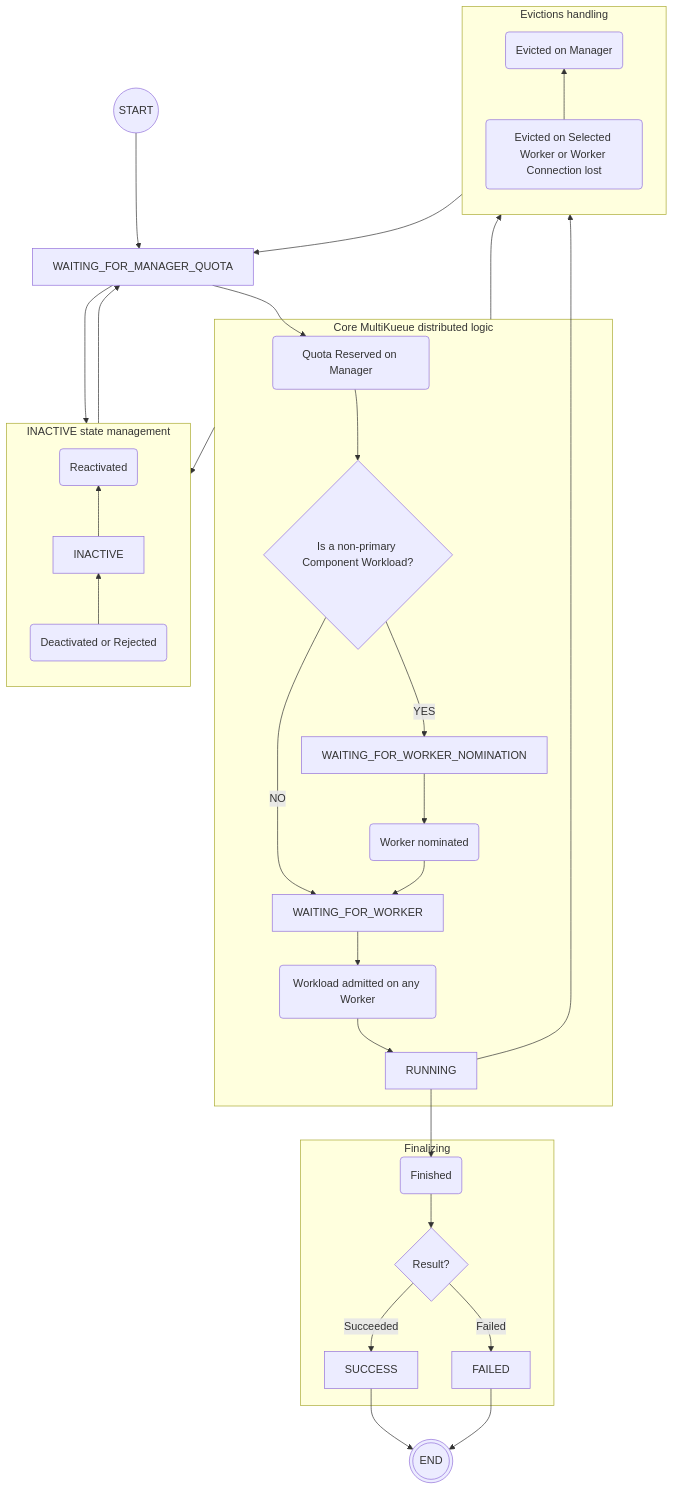
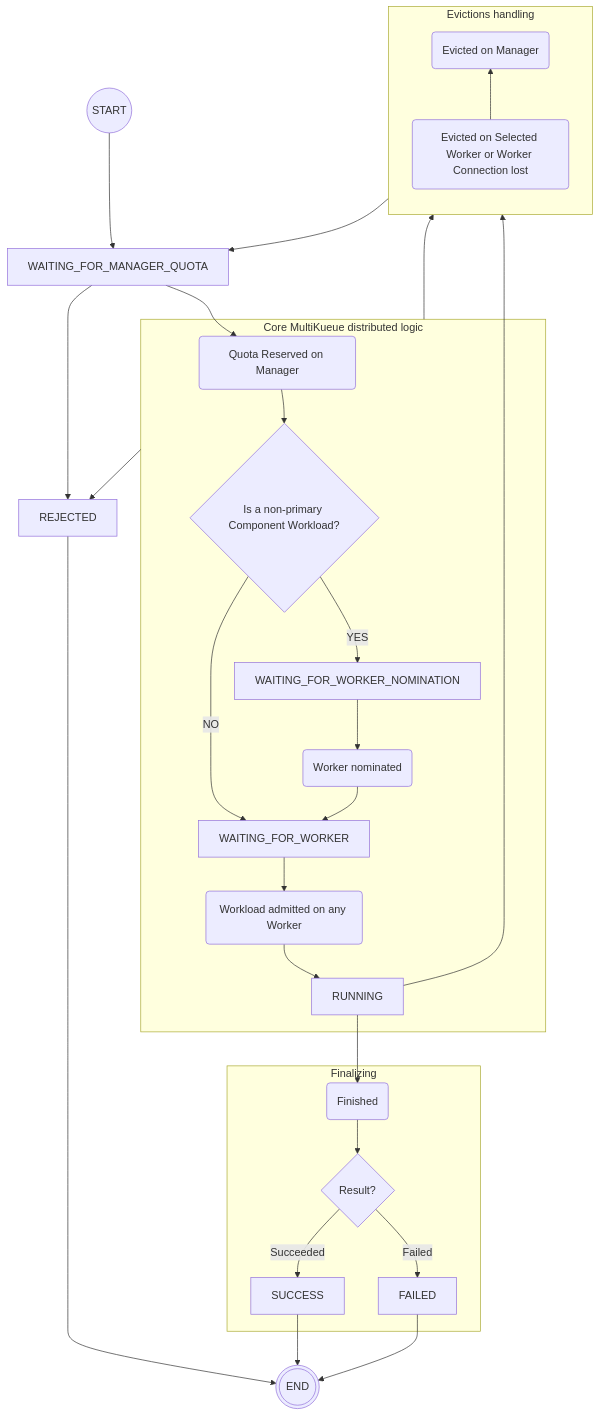
The diagram in keps/10189-multikueue-global-status-condition/README.md (kubernetes-sigs/kueue), drawn with Mermaid before and after one commit. The commit also changed other lines of this file, not shown here.

Commit message:
Updated swapping Inactive to Rejected.

````diff
--- a/keps/10189-multikueue-global-status-condition/README.md
+++ b/keps/10189-multikueue-global-status-condition/README.md
@@ -78,52 +78,48 @@
 ```mermaid
 flowchart TD
   START@{ shape: circle, label: "START" } --> WAITING_FOR_MANAGER_QUOTA
 
   WAITING_FOR_MANAGER_QUOTA --> ManagerQuotaReserved@{shape: rounded, label: "Quota Reserved on Manager"} --> component{"Is a non-primary Component Workload?"}
   component -- YES --> WAITING_FOR_WORKER_NOMINATION
   component -- NO --> WAITING_FOR_WORKER
 
   WAITING_FOR_WORKER_NOMINATION --> WorkerNominated@{shape: rounded, label: "Worker nominated"} --> WAITING_FOR_WORKER
 
   WAITING_FOR_WORKER --> AnyWorkerAdmitted@{ shape: rounded, label: "Workload admitted on any Worker"} --> RUNNING
 
   subgraph DistributedProcessing [Core MultiKueue distributed logic]
     ManagerQuotaReserved
     component
     WAITING_FOR_WORKER_NOMINATION
     WorkerNominated
     WAITING_FOR_WORKER
     AnyWorkerAdmitted
     RUNNING
   end
 
   subgraph Finalize [Finalizing]
     RUNNING --> Finished@{ shape: rounded, label: "Finished"} --> result{"Result?"}
     result -- Succeeded --> SUCCESS
     result -- Failed --> FAILED
   end
 
-  subgraph Active [INACTIVE state management]
-    direction BT
-    Deactivated@{ shape: rounded, label: "Deactivated or Rejected"} --> INACTIVE --> Reactivated@{ shape: rounded, label: "Reactivated"}
-  end
+  REJECTED --> END
 
-  Reactivated --> WAITING_FOR_MANAGER_QUOTA
-  WAITING_FOR_MANAGER_QUOTA --> Deactivated
-  DistributedProcessing --> Deactivated
+  WAITING_FOR_MANAGER_QUOTA --> REJECTED
+  DistributedProcessing --> REJECTED
 
   subgraph Evictions [Evictions handling]
     direction BT
     EvictedOnManager@{ shape: rounded, label: "Evicted on Manager"}
     EvictedOnWorker@{ shape: rounded, label: "Evicted on Selected Worker or Worker Connection lost"}
     EvictedOnWorker --> EvictedOnManager
   end
 
   EvictedOnManager --> WAITING_FOR_MANAGER_QUOTA
   DistributedProcessing --> EvictedOnManager
   RUNNING --> EvictedOnWorker
 
   END@{ shape: dbl-circ, label: "END" }
   SUCCESS --> END
   FAILED --> END
 ```
````
